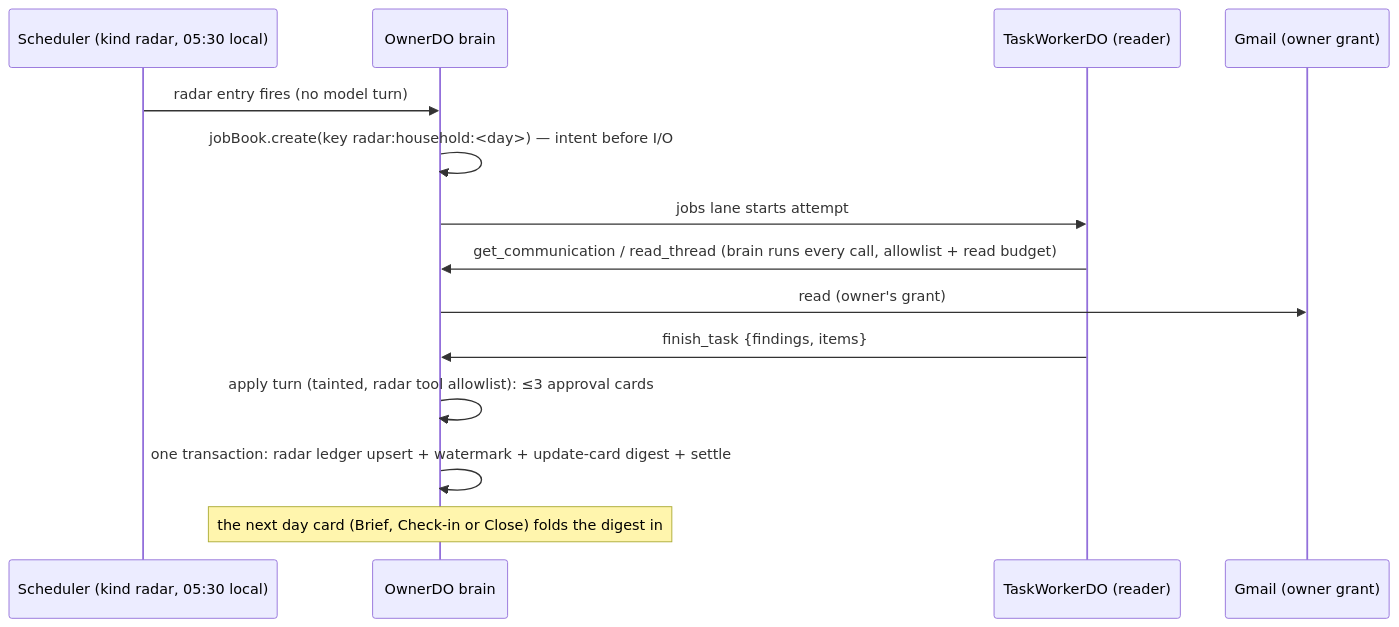
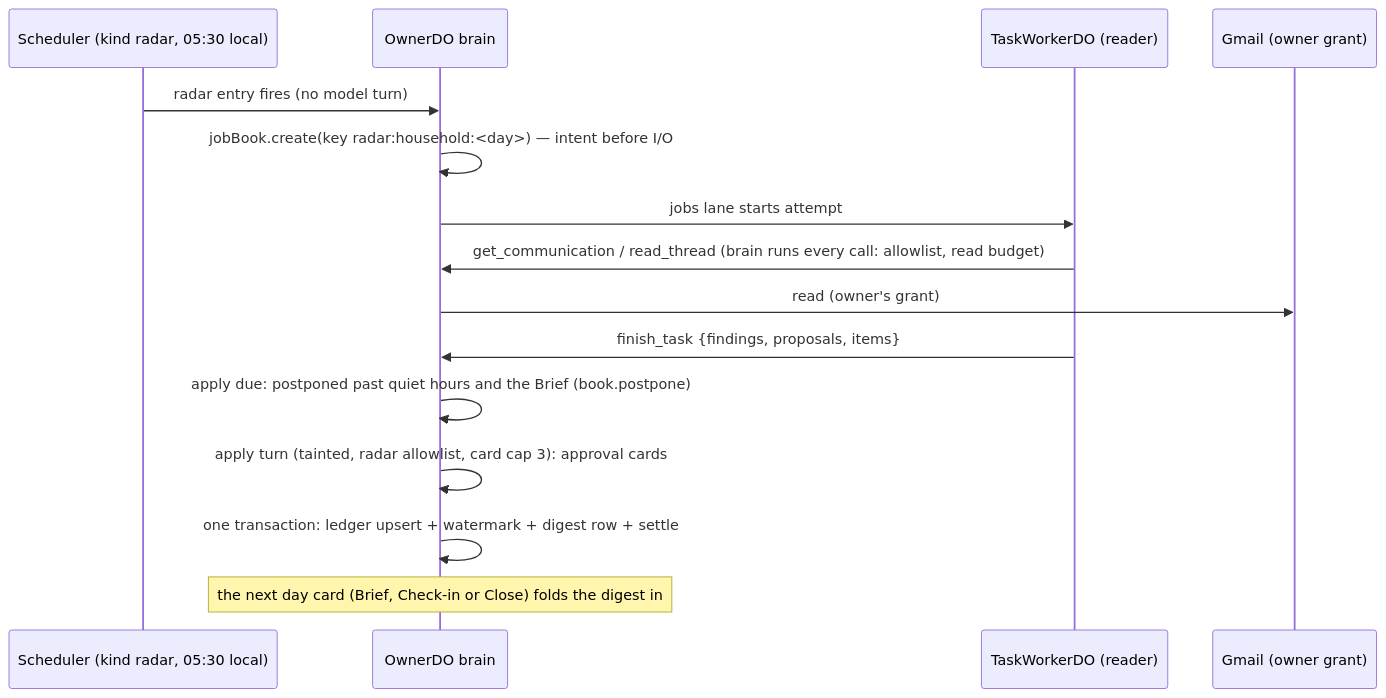
Before and after one commit to waldoco/waldo-backend: the diagram in docs/proposals/LAUNCH_JOBS_8_10_RADARS_DESIGN_2026-10-22.md, drawn with Mermaid. The commit also changed other lines of this file and 2 other files, not shown here.

First line of the commit message:
docs: revise the mail radar design and ledger ADR after the gate review

````diff
--- a/docs/proposals/LAUNCH_JOBS_8_10_RADARS_DESIGN_2026-10-22.md
+++ b/docs/proposals/LAUNCH_JOBS_8_10_RADARS_DESIGN_2026-10-22.md
@@ -23,16 +23,17 @@
 ```mermaid
 sequenceDiagram
   participant S as Scheduler (kind radar, 05:30 local)
   participant B as OwnerDO brain
   participant W as TaskWorkerDO (reader)
   participant G as Gmail (owner grant)
   S->>B: radar entry fires (no model turn)
   B->>B: jobBook.create(key radar:household:<day>) — intent before I/O
   B->>W: jobs lane starts attempt
-  W->>B: get_communication / read_thread (brain runs every call, allowlist + read budget)
+  W->>B: get_communication / read_thread (brain runs every call: allowlist, read budget)
   B->>G: read (owner's grant)
-  W->>B: finish_task {findings, items}
-  B->>B: apply turn (tainted, radar tool allowlist): ≤3 approval cards
-  B->>B: one transaction: radar ledger upsert + watermark + update-card digest + settle
+  W->>B: finish_task {findings, proposals, items}
+  B->>B: apply due: postponed past quiet hours and the Brief (book.postpone)
+  B->>B: apply turn (tainted, radar allowlist, card cap 3): approval cards
+  B->>B: one transaction: ledger upsert + watermark + digest row + settle
   Note over B: the next day card (Brief, Check-in or Close) folds the digest in
 ```
````
